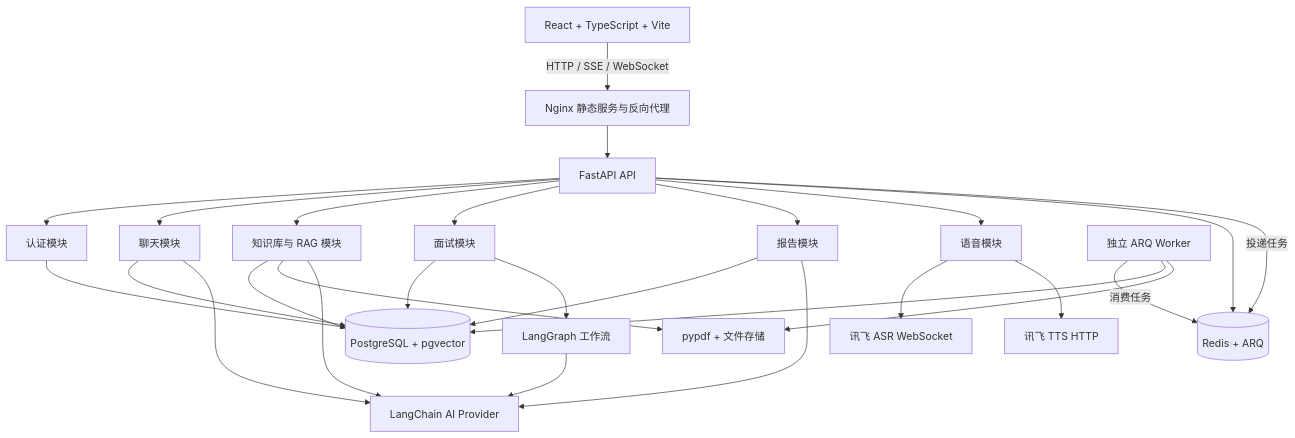
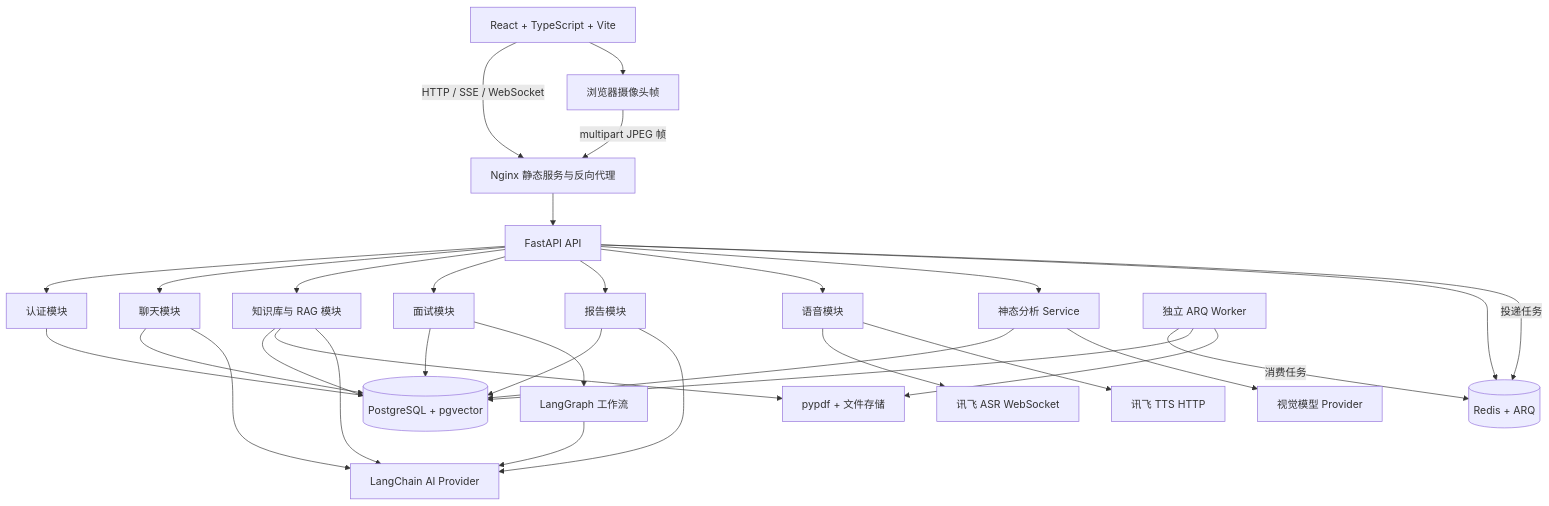
One commit to goo122/smart-interview-platform changed the first of 7 diagrams in 智能模拟面试平台项目说明书.md. Above: the diagram before and after it, drawn with Mermaid. The commit also changed other lines of this file, not shown here.

````diff
--- a/智能模拟面试平台项目说明书.md
+++ b/智能模拟面试平台项目说明书.md
@@ -120,47 +120,55 @@
 ```mermaid
 flowchart TB
     Browser[React + TypeScript + Vite]
     Nginx[Nginx 静态服务与反向代理]
     API[FastAPI API]
     Auth[认证模块]
     Chat[聊天模块]
     Knowledge[知识库与 RAG 模块]
     Interview[面试模块]
     Report[报告模块]
     Speech[语音模块]
+    Camera[浏览器摄像头帧]
+    Demeanor[神态分析 Service]
     DB[(PostgreSQL + pgvector)]
     Redis[(Redis + ARQ)]
     Worker[独立 ARQ Worker]
     AI[LangChain AI Provider]
     Graph[LangGraph 工作流]
     PDF[pypdf + 文件存储]
     ASR[讯飞 ASR WebSocket]
     TTS[讯飞 TTS HTTP]
+    DemeanorAI[视觉模型 Provider]
 
     Browser -->|HTTP / SSE / WebSocket| Nginx
     Nginx --> API
     API --> Auth
     API --> Chat
     API --> Knowledge
     API --> Interview
     API --> Report
     API --> Speech
+    API --> Demeanor
     Auth --> DB
     Chat --> DB
     Knowledge --> DB
     Interview --> DB
+    Demeanor --> DB
     Report --> DB
     Knowledge --> PDF
     API --> Redis
     API -->|投递任务| Redis
     Worker -->|消费任务| Redis
     Worker --> DB
     Worker --> PDF
     Chat --> AI
     Interview --> Graph
     Report --> AI
     Graph --> AI
     Knowledge --> AI
     Speech --> ASR
     Speech --> TTS
+    Browser --> Camera
+    Camera -->|multipart JPEG 帧| Nginx
+    Demeanor --> DemeanorAI
 ```
````
